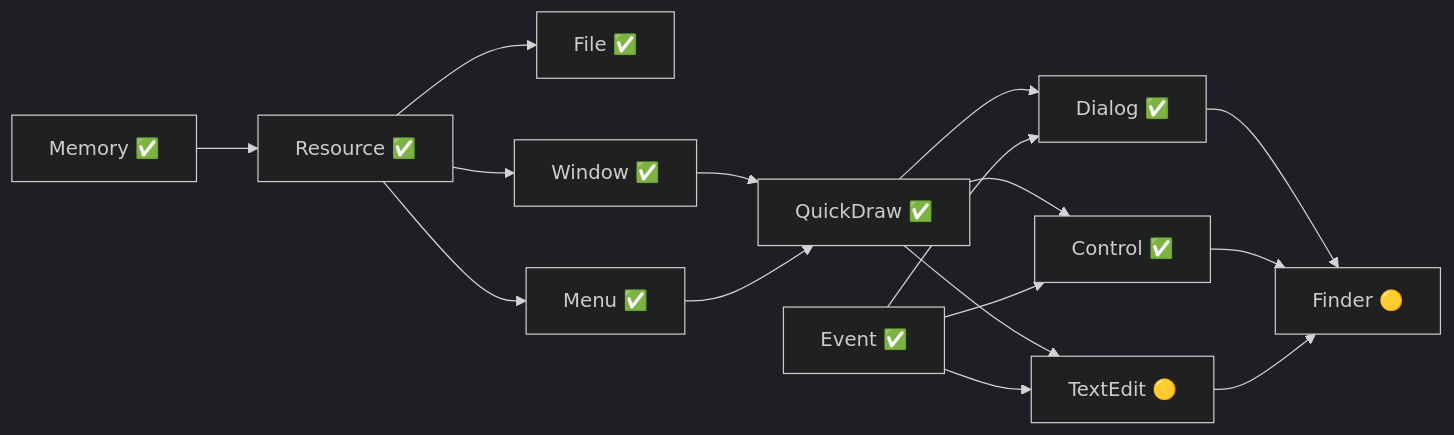
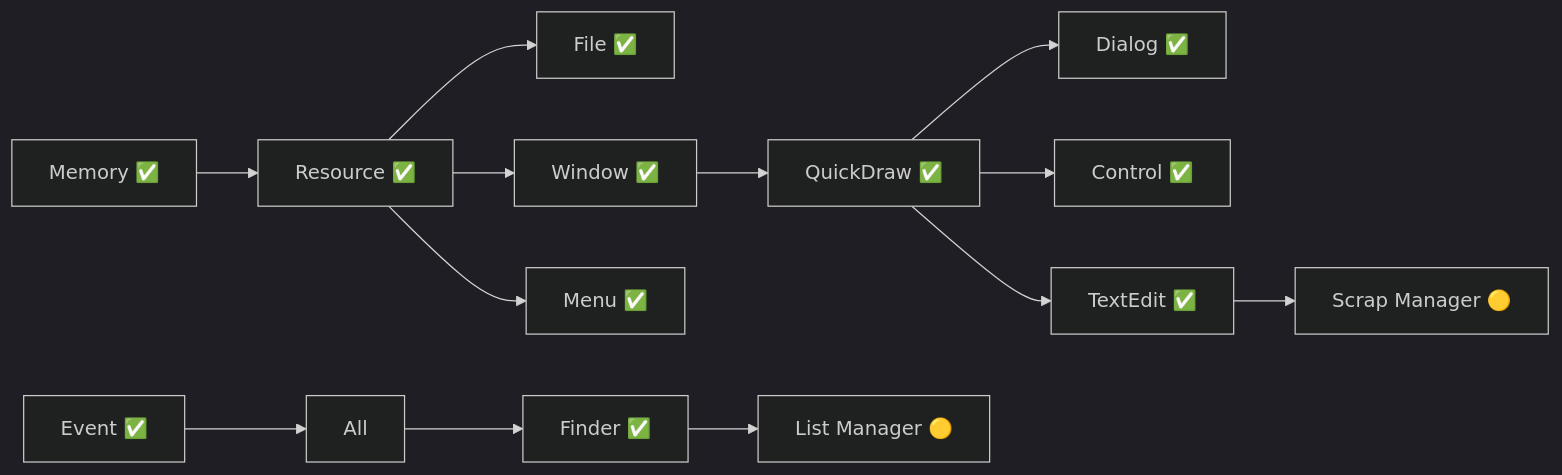
One commit to Kelsidavis/System7 changed the diagram in docs/PRIORITY_ROADMAP.md. Above: the diagram before and after it, drawn with Mermaid (dark theme). The commit also changed other lines of this file and 6 other files, not shown here.

First line of the commit message:
Integrate Scrap Manager - System-wide clipboard (100%)

````diff
--- a/docs/PRIORITY_ROADMAP.md
+++ b/docs/PRIORITY_ROADMAP.md
@@ -49,18 +61,15 @@
 ```mermaid
 graph LR
     MM[Memory ✅] --> RM[Resource ✅]
     RM --> FM[File ✅]
     RM --> WM[Window ✅]
     RM --> MenuM[Menu ✅]
     WM --> QD[QuickDraw ✅]
-    MenuM --> QD
     QD --> DM[Dialog ✅]
     QD --> CM[Control ✅]
-    QD --> TE[TextEdit 🟡]
-    EM[Event ✅] --> DM
-    EM --> CM
-    EM --> TE
-    DM --> Finder[Finder 🟡]
-    CM --> Finder
-    TE --> Finder
+    QD --> TE[TextEdit ✅]
+    EM[Event ✅] --> All
+    All --> Finder[Finder ✅]
+    Finder --> LM[List Manager 🟡]
+    TE --> SM[Scrap Manager 🟡]
 ```
````
